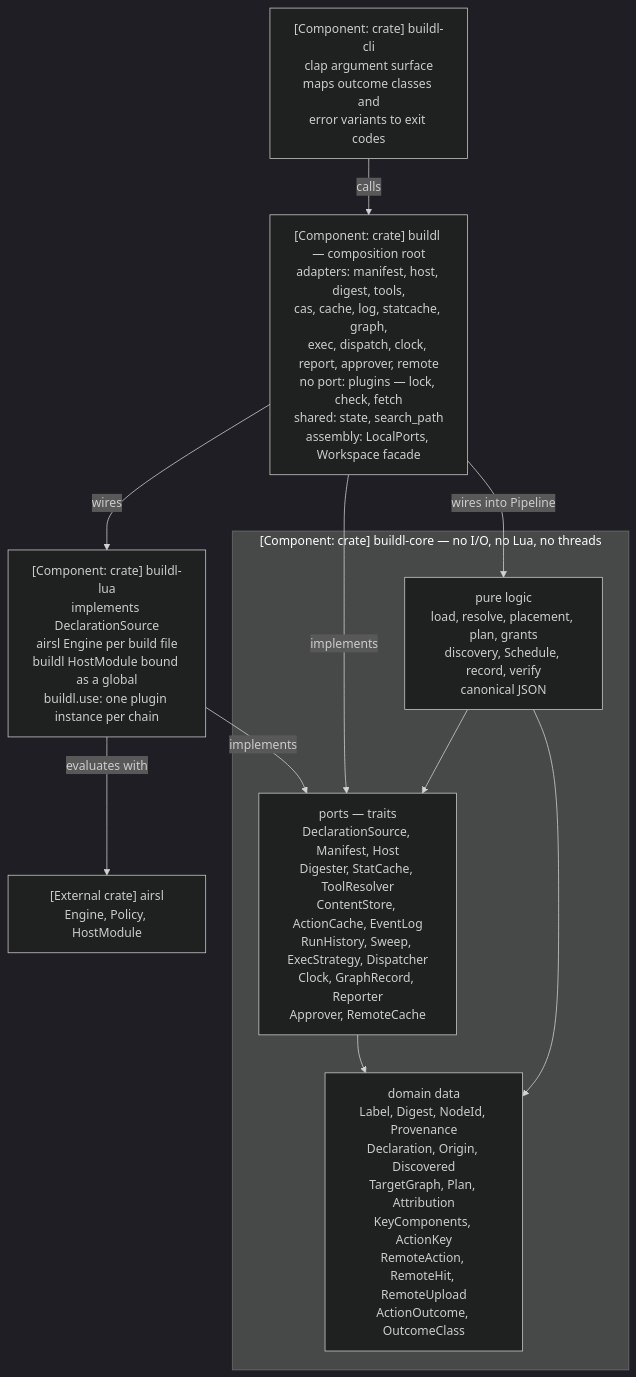
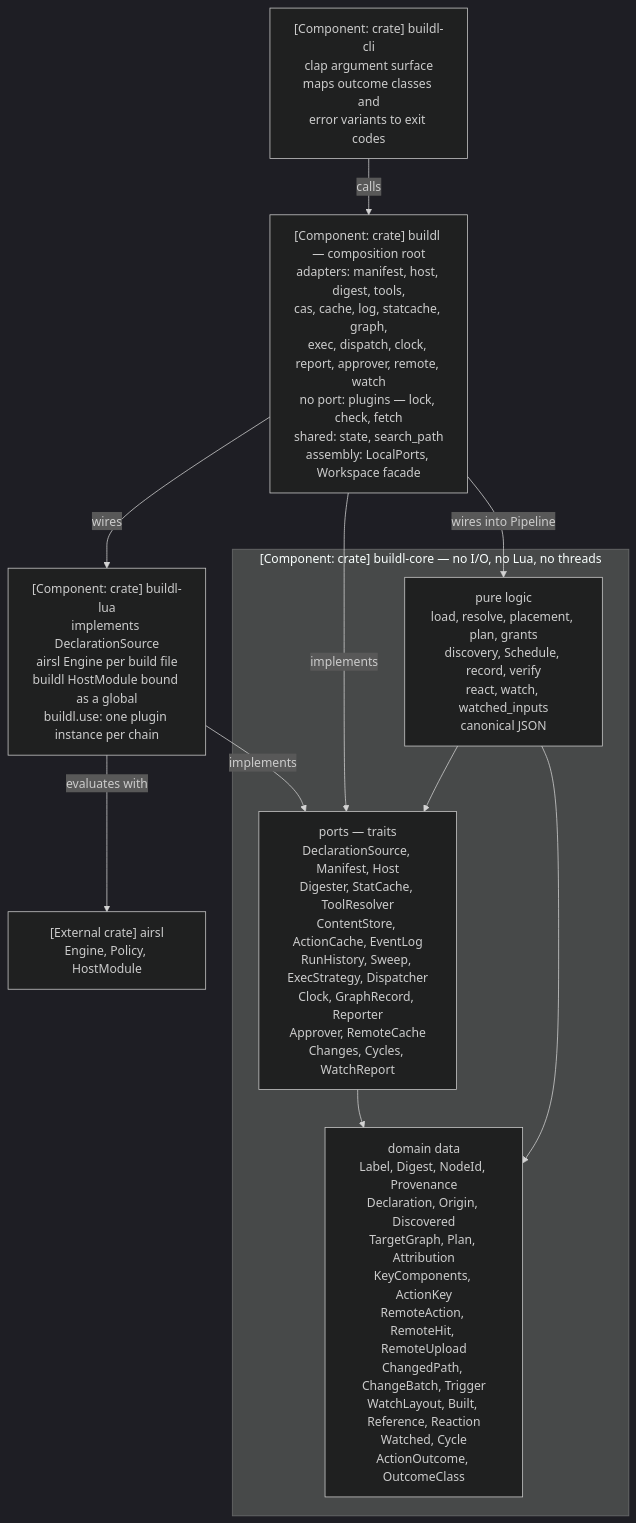
Before and after one commit to airsstack/buildl: the fourth of 7 diagrams in docs/architecture-building-blocks.md, drawn with Mermaid (dark theme). The commit also changed other lines of this file and 57 other files, not shown here.

````diff
--- a/docs/architecture-building-blocks.md
+++ b/docs/architecture-building-blocks.md
@@ -104,22 +104,22 @@
 ```mermaid
 %% C4 level 3 — components inside the CLI process
 graph TD
     CLI["[Component: crate] buildl-cli<br/>clap argument surface<br/>maps outcome classes and<br/>error variants to exit codes"]
-    LIB["[Component: crate] buildl — composition root<br/>adapters: manifest, host, digest, tools,<br/>cas, cache, log, statcache, graph,<br/>exec, dispatch, clock, report, approver, remote<br/>no port: plugins — lock, check, fetch<br/>shared: state, search_path<br/>assembly: LocalPorts, Workspace facade"]
+    LIB["[Component: crate] buildl — composition root<br/>adapters: manifest, host, digest, tools,<br/>cas, cache, log, statcache, graph,<br/>exec, dispatch, clock, report, approver, remote, watch<br/>no port: plugins — lock, check, fetch<br/>shared: state, search_path<br/>assembly: LocalPorts, Workspace facade"]
     LUA["[Component: crate] buildl-lua<br/>implements DeclarationSource<br/>airsl Engine per build file<br/>buildl HostModule bound as a global<br/>buildl.use: one plugin instance per chain"]
     subgraph CORE["[Component: crate] buildl-core — no I/O, no Lua, no threads"]
-        DATA["domain data<br/>Label, Digest, NodeId, Provenance<br/>Declaration, Origin, Discovered<br/>TargetGraph, Plan, Attribution<br/>KeyComponents, ActionKey<br/>RemoteAction, RemoteHit, RemoteUpload<br/>ActionOutcome, OutcomeClass"]
-        PORTS["ports — traits<br/>DeclarationSource, Manifest, Host<br/>Digester, StatCache, ToolResolver<br/>ContentStore, ActionCache, EventLog<br/>RunHistory, Sweep, ExecStrategy, Dispatcher<br/>Clock, GraphRecord, Reporter<br/>Approver, RemoteCache"]
-        LOGIC["pure logic<br/>load, resolve, placement, plan, grants<br/>discovery, Schedule, record, verify<br/>canonical JSON"]
+        DATA["domain data<br/>Label, Digest, NodeId, Provenance<br/>Declaration, Origin, Discovered<br/>TargetGraph, Plan, Attribution<br/>KeyComponents, ActionKey<br/>RemoteAction, RemoteHit, RemoteUpload<br/>ChangedPath, ChangeBatch, Trigger<br/>WatchLayout, Built, Reference, Reaction<br/>Watched, Cycle<br/>ActionOutcome, OutcomeClass"]
+        PORTS["ports — traits<br/>DeclarationSource, Manifest, Host<br/>Digester, StatCache, ToolResolver<br/>ContentStore, ActionCache, EventLog<br/>RunHistory, Sweep, ExecStrategy, Dispatcher<br/>Clock, GraphRecord, Reporter<br/>Approver, RemoteCache<br/>Changes, Cycles, WatchReport"]
+        LOGIC["pure logic<br/>load, resolve, placement, plan, grants<br/>discovery, Schedule, record, verify<br/>react, watch, watched_inputs<br/>canonical JSON"]
     end
     AIRSL["[External crate] airsl<br/>Engine, Policy, HostModule"]
     CLI -->|"calls"| LIB
     LIB -->|"wires"| LUA
     LIB -->|"implements"| PORTS
     LIB -->|"wires into Pipeline"| LOGIC
     LUA -->|"implements"| PORTS
     LUA -->|"evaluates with"| AIRSL
     LOGIC --> PORTS
     LOGIC --> DATA
     PORTS --> DATA
 ```
````
